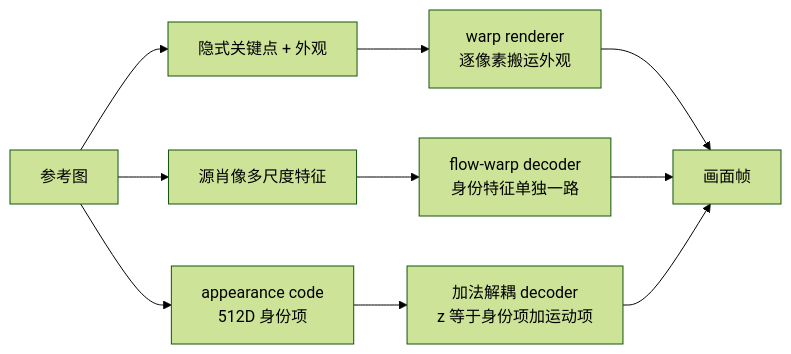
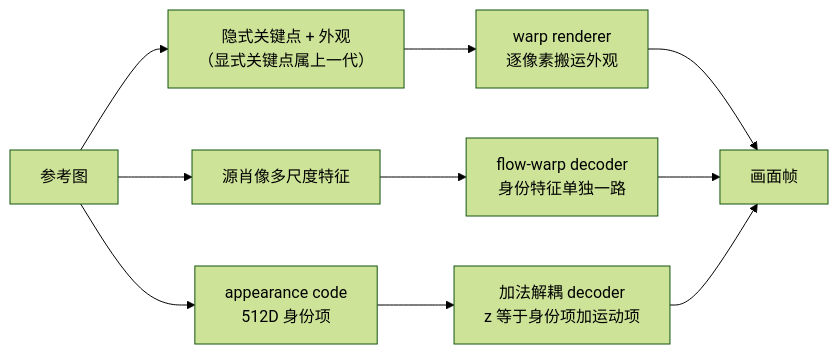
One commit to gongshangzheng/digital-human changed the first of 4 diagrams in management/docs/实习复盘/数字人身份.md. Above: the diagram before and after it, drawn with Mermaid (forest theme). The commit also changed other lines of this file and 2 other files, not shown here.

Commit message:
docs: 补「显式关键点」这一类——关键点分显式/隐式两代（intro 谱系表加行 + 身份主线小节辨析 + 动作契约登记）

````diff
--- a/management/docs/实习复盘/数字人身份.md
+++ b/management/docs/实习复盘/数字人身份.md
@@ -28,12 +28,12 @@
 ```mermaid
 flowchart LR
-    REF["参考图"] --> E1["隐式关键点 + 外观"]
+    REF["参考图"] --> E1["隐式关键点 + 外观<br/>（显式关键点属上一代）"]
     REF --> E2["源肖像多尺度特征"]
     REF --> E3["appearance code<br/>512D 身份项"]
     E1 --> W["warp renderer<br/>逐像素搬运外观"]
     E2 --> F["flow-warp decoder<br/>身份特征单独一路"]
     E3 --> A["加法解耦 decoder<br/>z 等于身份项加运动项"]
     W --> OUT["画面帧"]
     F --> OUT
     A --> OUT
 ```
````
